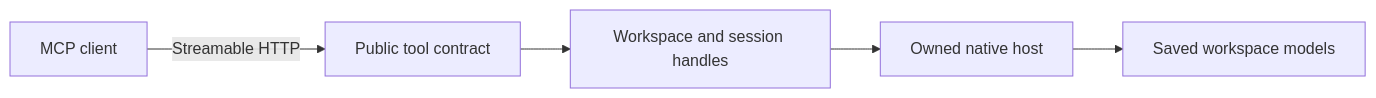
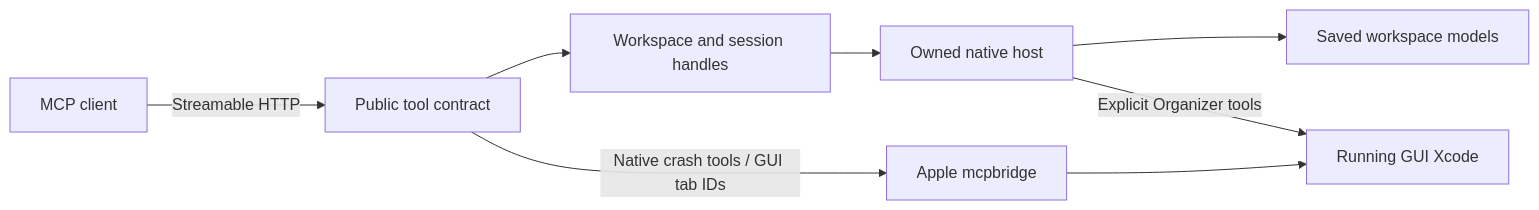
Before and after one commit to lynnswap/XcodeMCPKit: the diagram in Docs/architecture.md, drawn with Mermaid. The commit also changed other lines of this file and 25 other files, not shown here.

Commit message:
Separate standard and Organizer crash collection

````diff
--- a/Docs/architecture.md
+++ b/Docs/architecture.md
@@ -9,7 +9,10 @@
 ```mermaid
 flowchart LR
   client["MCP client"] -->|"Streamable HTTP"| proxy["Public tool contract"]
   proxy --> handles["Workspace and session handles"]
   handles --> headless["Owned native host"]
   headless --> saved["Saved workspace models"]
+  proxy -->|"Native crash tools / GUI tab IDs"| bridge["Apple mcpbridge"]
+  bridge --> gui["Running GUI Xcode"]
+  headless -->|"Explicit Organizer tools"| gui
 ```
````
